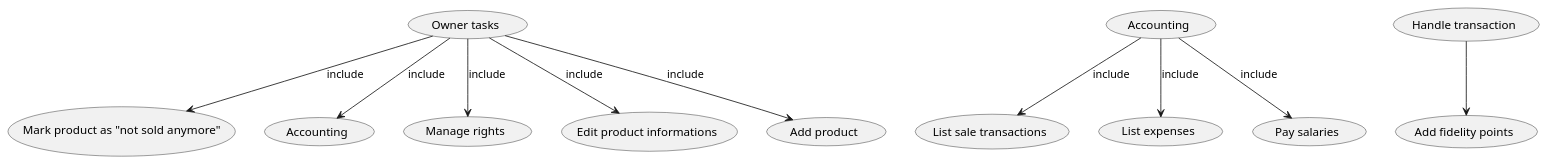
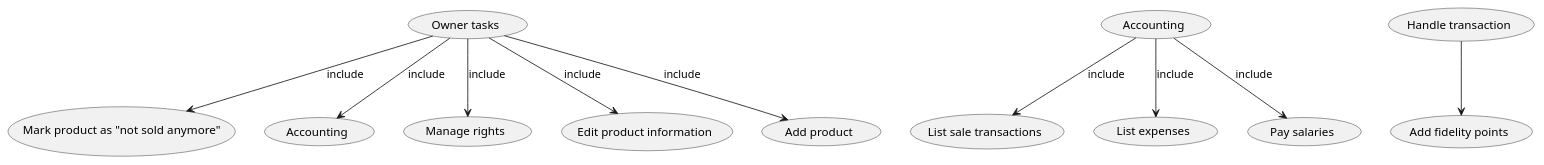
Before and after one commit to nicolabattaglino/ezshop: the third of 7 diagrams in Deliverables/RequirementsDocument.md, drawn with PlantUML. The commit also changed other lines of this file and 1 other file, not shown here.

````diff
--- a/Deliverables/RequirementsDocument.md
+++ b/Deliverables/RequirementsDocument.md
@@ -238,26 +238,26 @@
 ```plantuml
 @startuml
 "Mark product as "not sold anymore"" as (notSold)
 "Accounting" as (accounting)
 "Manage rights" as (manageRights)
 "Owner tasks" as (ownerTasks)
-"Edit product informations" as (editProduct)
+"Edit product information" as (editProduct)
 "Add product" as (addProduct)
 "Accounting" as (acoounting)
 "List sale transactions" as (listSale)
 "List expenses" as (listExpenses)
 "Pay salaries" as (paySalaries)
 "Add fidelity points" as (addPoints)
 "Handle transaction" as (handleTransaction)
 (ownerTasks) --> (addProduct):include
 (acoounting)-->(listSale):include
 (acoounting)-->(listExpenses):include
 (acoounting)-->(paySalaries):include
 (ownerTasks)-->(notSold):include
 (ownerTasks)-->(accounting):include
 (ownerTasks)-->(manageRights):include
 (ownerTasks)-->(editProduct):include
 (handleTransaction) --> (addPoints)
 @enduml
 
 ```
````
